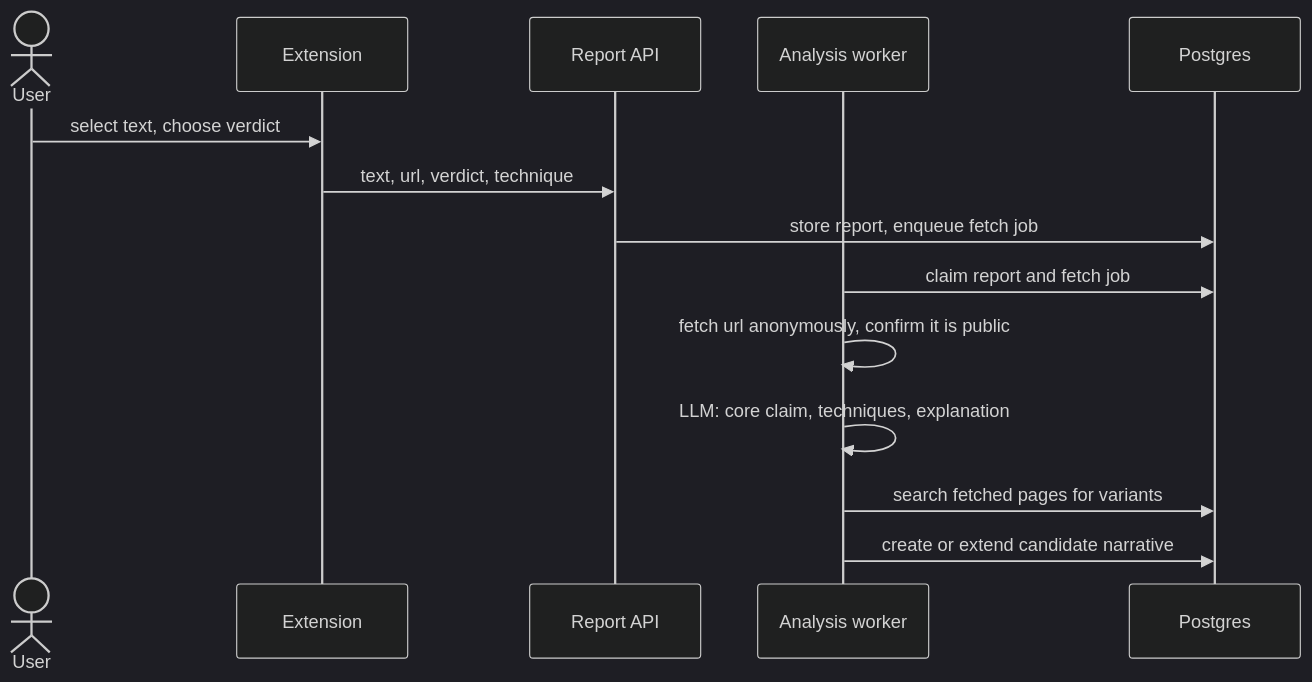
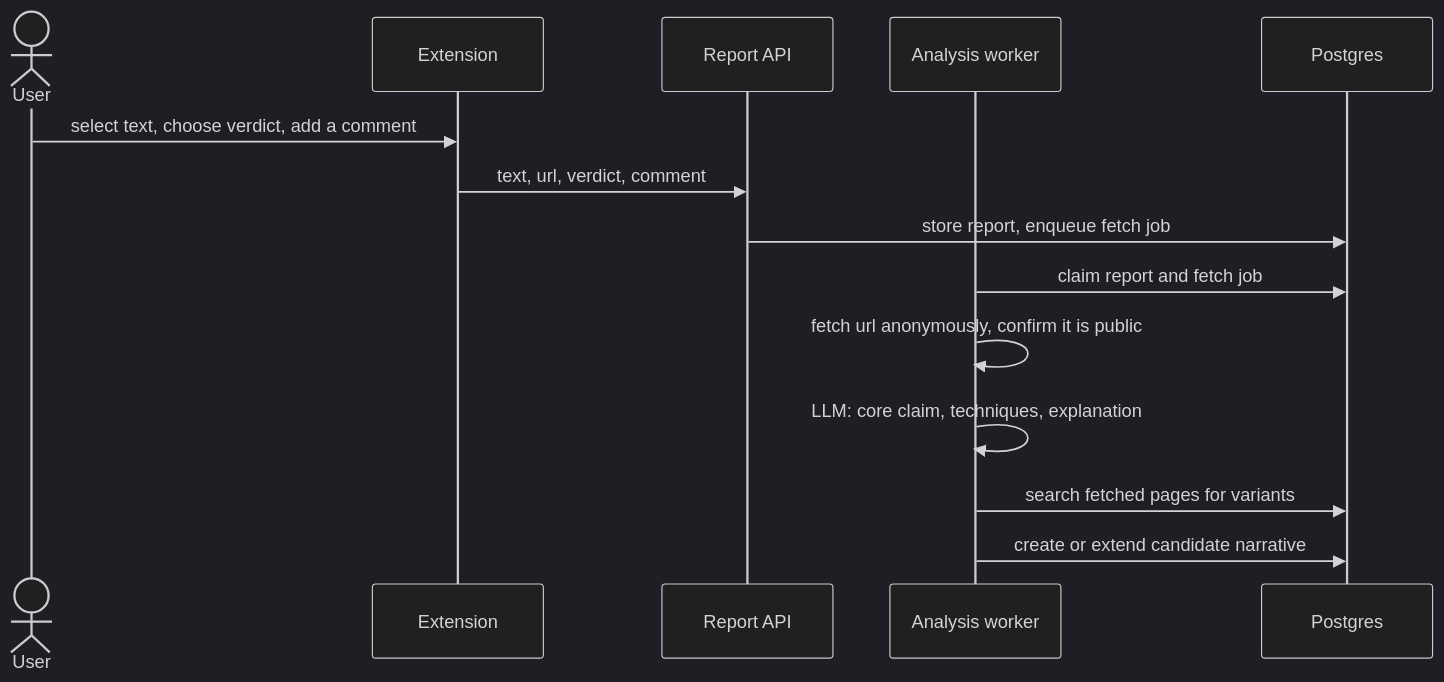
The second of 3 diagrams in docs/architecture.md (nlinnanen/konklaavi), drawn with Mermaid (dark theme) before and after one commit. The commit also changed other lines of this file and 5 other files, not shown here.

````diff
--- a/docs/architecture.md
+++ b/docs/architecture.md
@@ -38,17 +33,17 @@
 ```mermaid
 sequenceDiagram
   actor User
   participant Ext as Extension
   participant API as Report API
   participant A as Analysis worker
   participant DB as Postgres
 
-  User->>Ext: select text, choose verdict
-  Ext->>API: text, url, verdict, technique
+  User->>Ext: select text, choose verdict, add a comment
+  Ext->>API: text, url, verdict, comment
   API->>DB: store report, enqueue fetch job
   A->>DB: claim report and fetch job
   A->>A: fetch url anonymously, confirm it is public
   A->>A: LLM: core claim, techniques, explanation
   A->>DB: search fetched pages for variants
   A->>DB: create or extend candidate narrative
 ```
````
